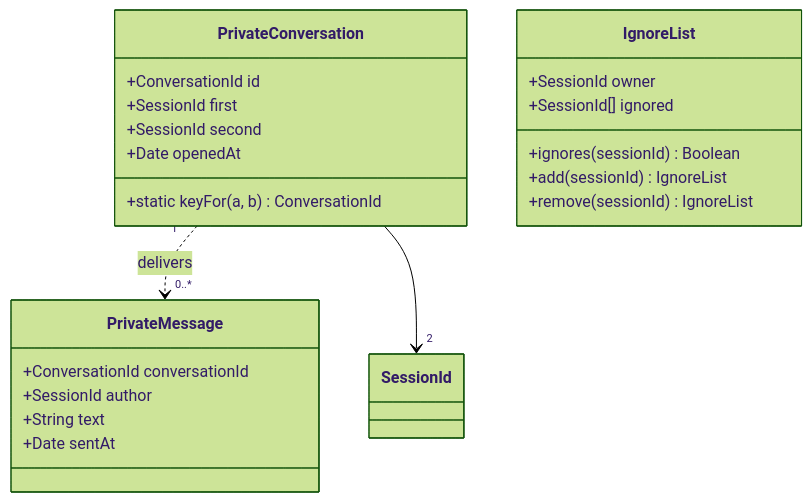
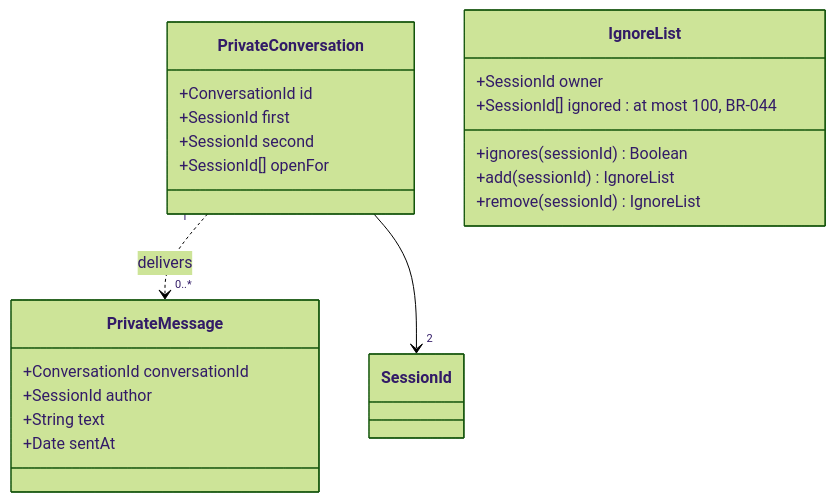
The diagram in docs/architecture/diagrams/private-conversations/04-class.md (benoit-bremaud/asv), drawn with Mermaid (forest theme) before and after one commit. The commit also changed other lines of this file and 48 other files, not shown here.

````diff
--- a/docs/architecture/diagrams/private-conversations/04-class.md
+++ b/docs/architecture/diagrams/private-conversations/04-class.md
@@ -12,25 +12,24 @@
 ```mermaid
 classDiagram
   class PrivateConversation {
     +ConversationId id
     +SessionId first
     +SessionId second
-    +Date openedAt
-    +static keyFor(a, b) ConversationId
+    +SessionId[] openFor
   }
   class PrivateMessage {
     +ConversationId conversationId
     +SessionId author
     +String text
     +Date sentAt
   }
   class IgnoreList {
     +SessionId owner
-    +SessionId[] ignored
+    +SessionId[] ignored : at most 100, BR-044
     +ignores(sessionId) Boolean
     +add(sessionId) IgnoreList
     +remove(sessionId) IgnoreList
   }
   PrivateConversation "1" ..> "0..*" PrivateMessage : delivers
   PrivateConversation --> "2" SessionId
 ```
````
